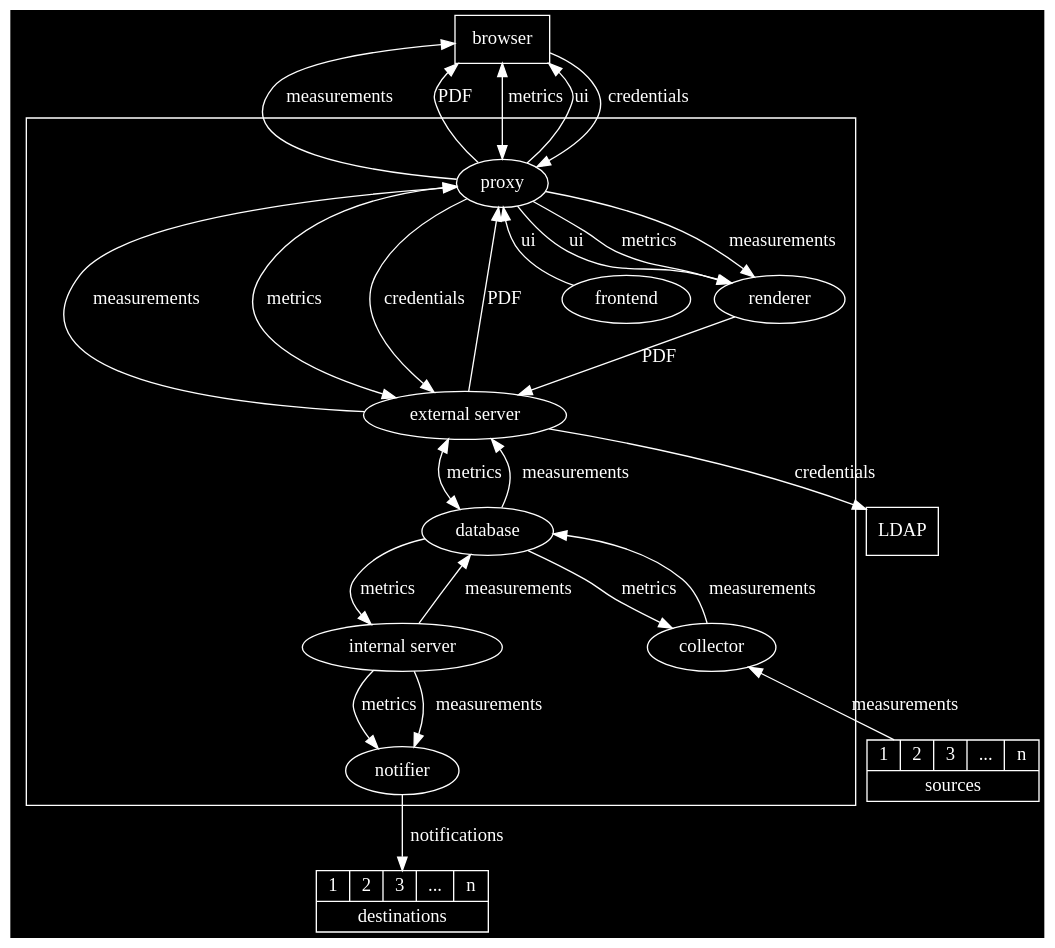
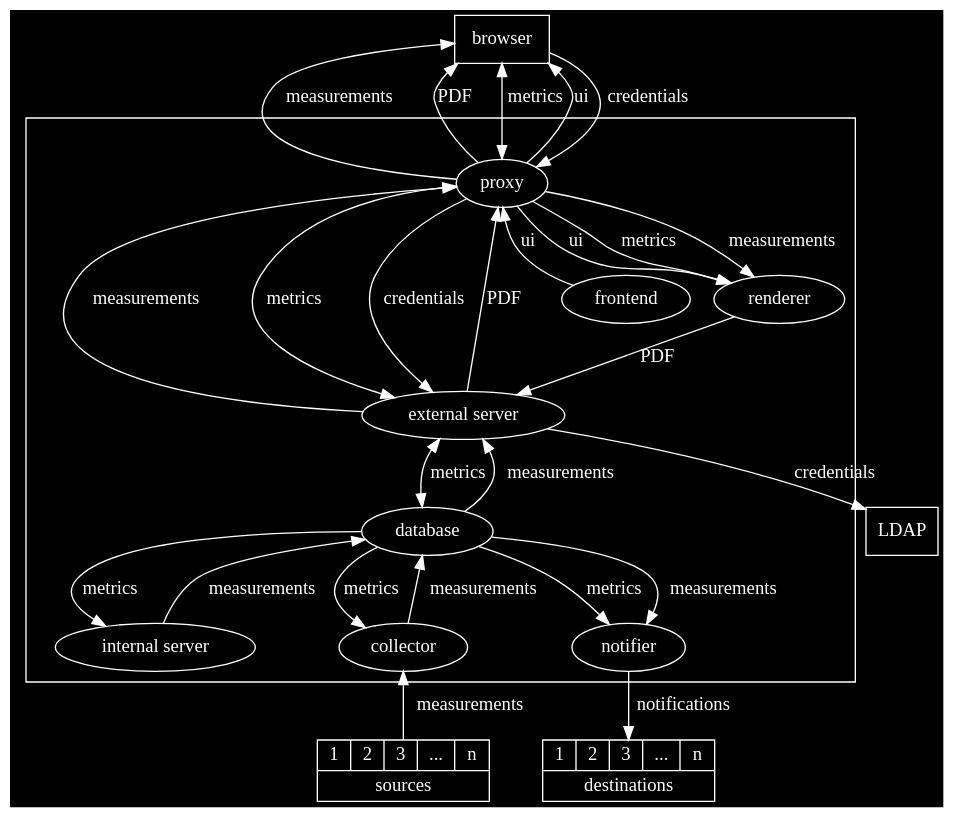
The diagram in docs/src/components-dark.dot (ICTU/quality-time), drawn with Graphviz before and after one commit. The commit also changed 5 other files, not shown here.

Commit message:
Update docker composition and documentation to reflect that the notifier now talks to the database directly.

```diff
--- a/docs/src/components-dark.dot
+++ b/docs/src/components-dark.dot
@@ -1,41 +1,41 @@
 digraph {
   graph [bgcolor=transparant, fontname="SFMono-Regular"]
   node [color=white, fontcolor=white, fontname="SFMono-Regular"]
   edge [color=white, fontcolor=white, fontname="SFMono-Regular"]
   browser [shape=rectangle]
   ldap [shape=rectangle, label="LDAP"]
   subgraph cluster_qt {
     rank="min"
     label="Quality-time"
     color=white
     external_server [label="external server"]
     internal_server [label="internal server"]
     proxy -> frontend [label=ui, dir="back"]
     proxy -> external_server [label=measurements, dir="back"]
     proxy -> external_server [label=metrics, dir="both"]
     proxy -> external_server [label=credentials]
     proxy -> external_server [label=PDF, dir="back"]
     proxy -> renderer [label=ui]
     proxy -> renderer [label=metrics]
     proxy -> renderer [label=measurements]
     external_server -> database [label=metrics, dir="both"]
     external_server -> database [label=measurements, dir="back"]
     database -> internal_server [label=metrics]
     database -> internal_server [label=measurements, dir="back"]
     database -> collector [label=metrics]
     database -> collector [label=measurements, dir="back"]
-    internal_server -> notifier [label=metrics]
-    internal_server -> notifier [label=measurements]
+    database -> notifier [label=metrics]
+    database -> notifier [label=measurements]
     renderer -> external_server [label=PDF]
   }
   browser -> proxy [label=measurements, dir="back"]
   browser -> proxy [label=PDF, dir="back"]
   browser -> proxy [label=metrics, dir="both"]
   browser -> proxy [label=ui, dir="back"]
   browser -> proxy [label=credentials]
   collector -> source [label=measurements, dir="back"]
   notifier -> destination [label=notifications]
   external_server -> ldap [label=credentials]
   source [label="{{1|2|3|...|n}|sources}" shape=record]
   destination [label="{{1|2|3|...|n}|destinations}" shape=record]
 }
```
